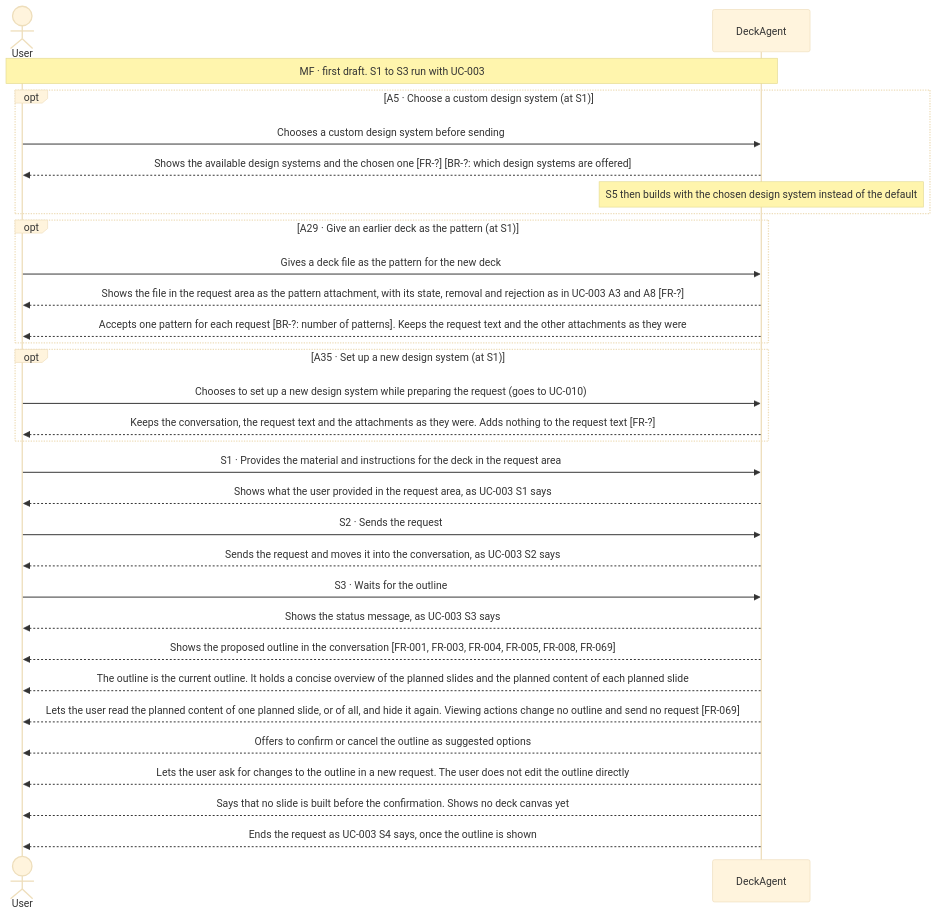
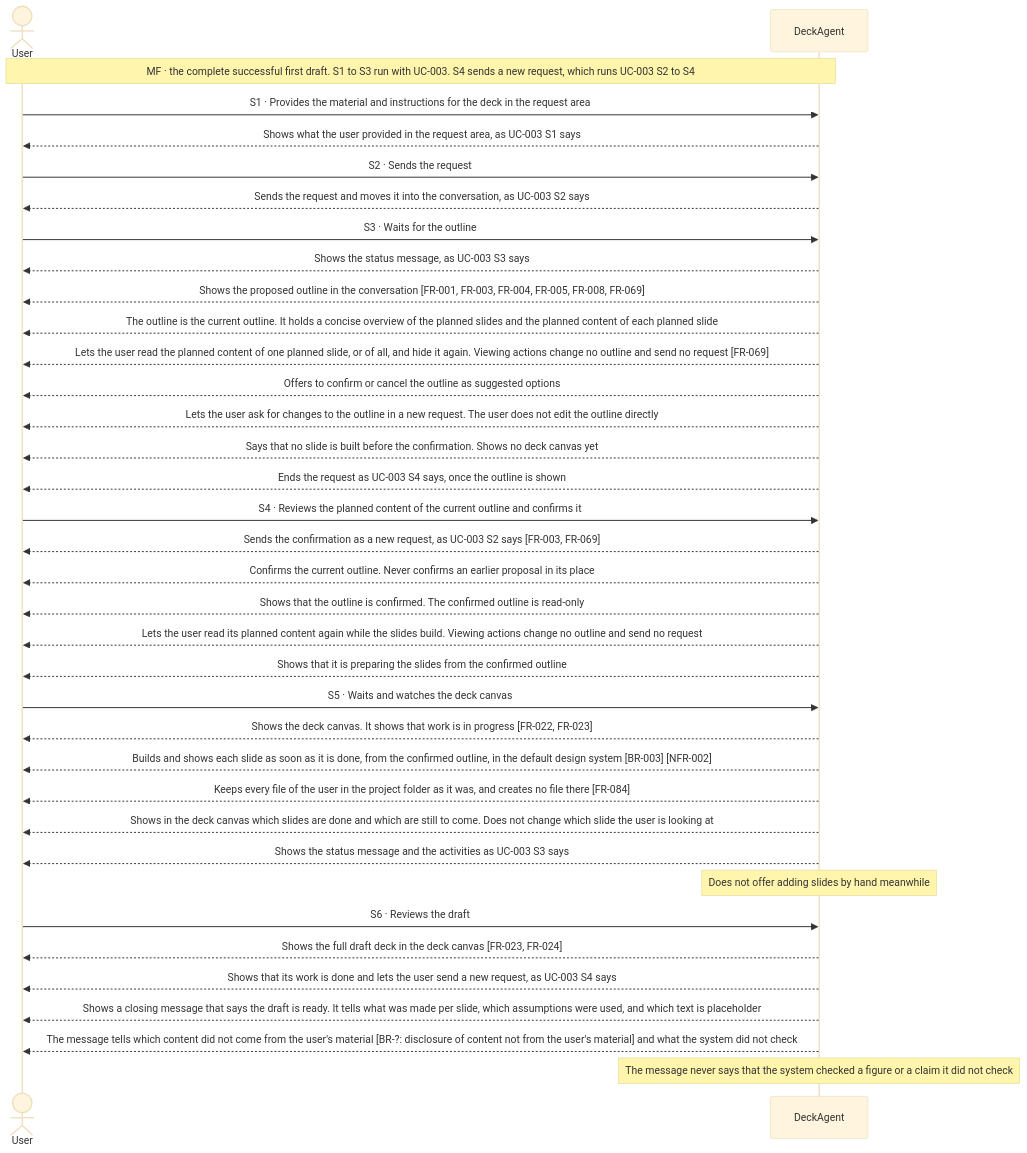
One commit to Luke23127006/DeckAgent changed the first of 23 diagrams in docs/spec/03-use-cases/UC-001.md. Above: the diagram before and after it, drawn with Mermaid (base theme). The commit also changed other lines of this file and 25 other files, not shown here.

Commit message:
docs(spec): restructure use cases with main flow first

````diff
--- a/docs/spec/03-use-cases/UC-001.md
+++ b/docs/spec/03-use-cases/UC-001.md
@@ -44,33 +44,38 @@
 ```mermaid
 sequenceDiagram
     actor User
     participant DeckAgent
-    Note over User,DeckAgent: MF · first draft. S1 to S3 run with UC-003
-    opt A5 · Choose a custom design system (at S1)
-        User->>DeckAgent: Chooses a custom design system before sending
-        DeckAgent-->>User: Shows the available design systems and the chosen one [FR-?] [BR-?: which design systems are offered]
-        note over DeckAgent: S5 then builds with the chosen design system instead of the default
-    end
-    opt A29 · Give an earlier deck as the pattern (at S1)
-        User->>DeckAgent: Gives a deck file as the pattern for the new deck
-        DeckAgent-->>User: Shows the file in the request area as the pattern attachment, with its state, removal and rejection as in UC-003 A3 and A8 [FR-?]
-        DeckAgent-->>User: Accepts one pattern for each request [BR-?: number of patterns]. Keeps the request text and the other attachments as they were
-    end
-    opt A35 · Set up a new design system (at S1)
-        User->>DeckAgent: Chooses to set up a new design system while preparing the request (goes to UC-010)
-        DeckAgent-->>User: Keeps the conversation, the request text and the attachments as they were. Adds nothing to the request text [FR-?]
-    end
+    Note over User,DeckAgent: MF · the complete successful first draft. S1 to S3 run with UC-003. S4 sends a new request, which runs UC-003 S2 to S4
     User->>DeckAgent: S1 · Provides the material and instructions for the deck in the request area
     DeckAgent-->>User: Shows what the user provided in the request area, as UC-003 S1 says
     User->>DeckAgent: S2 · Sends the request
     DeckAgent-->>User: Sends the request and moves it into the conversation, as UC-003 S2 says
     User->>DeckAgent: S3 · Waits for the outline
     DeckAgent-->>User: Shows the status message, as UC-003 S3 says
     DeckAgent-->>User: Shows the proposed outline in the conversation [FR-001, FR-003, FR-004, FR-005, FR-008, FR-069]
     DeckAgent-->>User: The outline is the current outline. It holds a concise overview of the planned slides and the planned content of each planned slide
     DeckAgent-->>User: Lets the user read the planned content of one planned slide, or of all, and hide it again. Viewing actions change no outline and send no request [FR-069]
     DeckAgent-->>User: Offers to confirm or cancel the outline as suggested options
     DeckAgent-->>User: Lets the user ask for changes to the outline in a new request. The user does not edit the outline directly
     DeckAgent-->>User: Says that no slide is built before the confirmation. Shows no deck canvas yet
     DeckAgent-->>User: Ends the request as UC-003 S4 says, once the outline is shown
+    User->>DeckAgent: S4 · Reviews the planned content of the current outline and confirms it
+    DeckAgent-->>User: Sends the confirmation as a new request, as UC-003 S2 says [FR-003, FR-069]
+    DeckAgent-->>User: Confirms the current outline. Never confirms an earlier proposal in its place
+    DeckAgent-->>User: Shows that the outline is confirmed. The confirmed outline is read-only
+    DeckAgent-->>User: Lets the user read its planned content again while the slides build. Viewing actions change no outline and send no request
+    DeckAgent-->>User: Shows that it is preparing the slides from the confirmed outline
+    User->>DeckAgent: S5 · Waits and watches the deck canvas
+    DeckAgent-->>User: Shows the deck canvas. It shows that work is in progress [FR-022, FR-023]
+    DeckAgent-->>User: Builds and shows each slide as soon as it is done, from the confirmed outline, in the default design system [BR-003] [NFR-002]
+    DeckAgent-->>User: Keeps every file of the user in the project folder as it was, and creates no file there [FR-084]
+    DeckAgent-->>User: Shows in the deck canvas which slides are done and which are still to come. Does not change which slide the user is looking at
+    DeckAgent-->>User: Shows the status message and the activities as UC-003 S3 says
+    note over DeckAgent: Does not offer adding slides by hand meanwhile
+    User->>DeckAgent: S6 · Reviews the draft
+    DeckAgent-->>User: Shows the full draft deck in the deck canvas [FR-023, FR-024]
+    DeckAgent-->>User: Shows that its work is done and lets the user send a new request, as UC-003 S4 says
+    DeckAgent-->>User: Shows a closing message that says the draft is ready. It tells what was made per slide, which assumptions were used, and which text is placeholder
+    DeckAgent-->>User: The message tells which content did not come from the user's material [BR-?: disclosure of content not from the user's material] and what the system did not check
+    note over DeckAgent: The message never says that the system checked a figure or a claim it did not check
 ```
````
